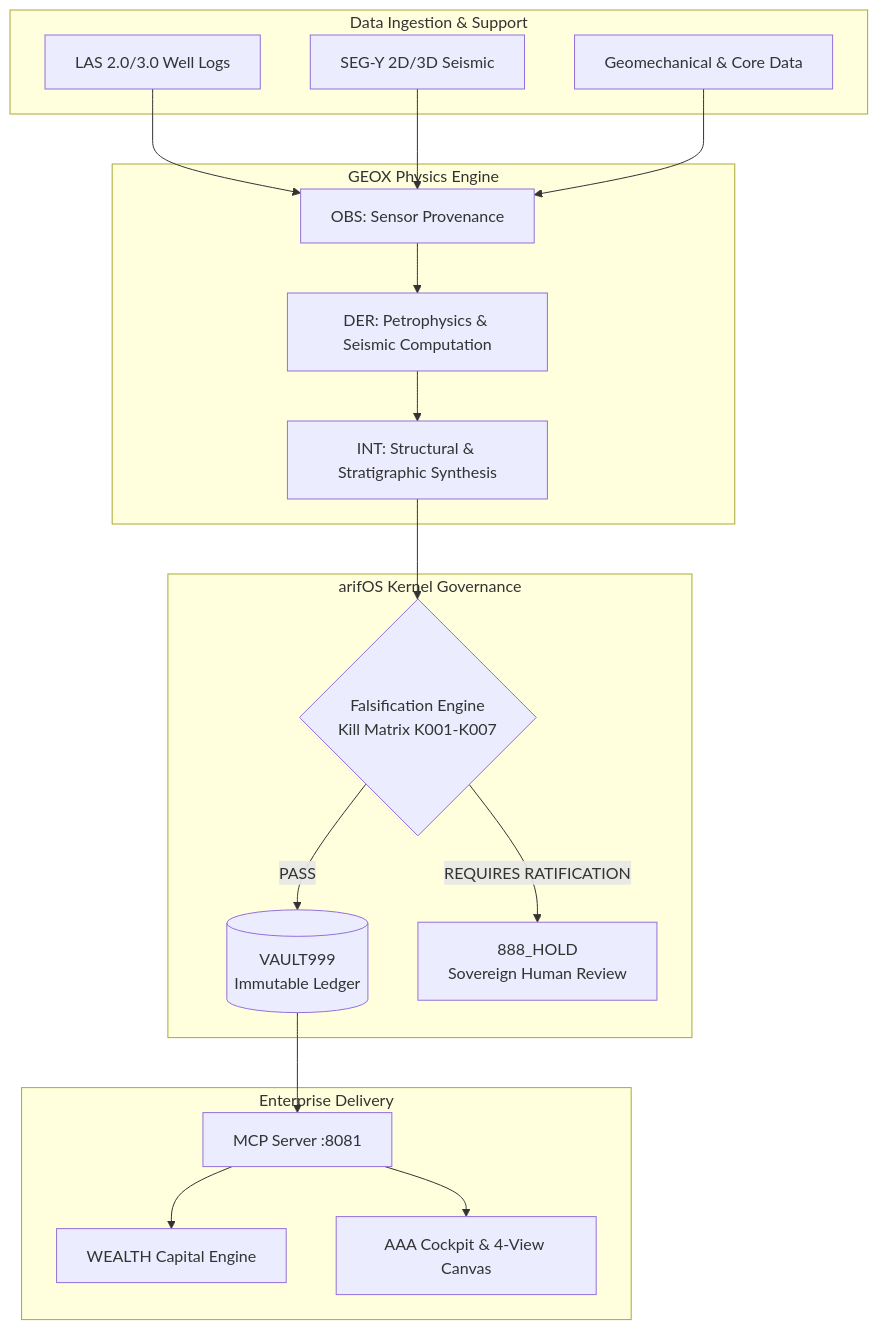
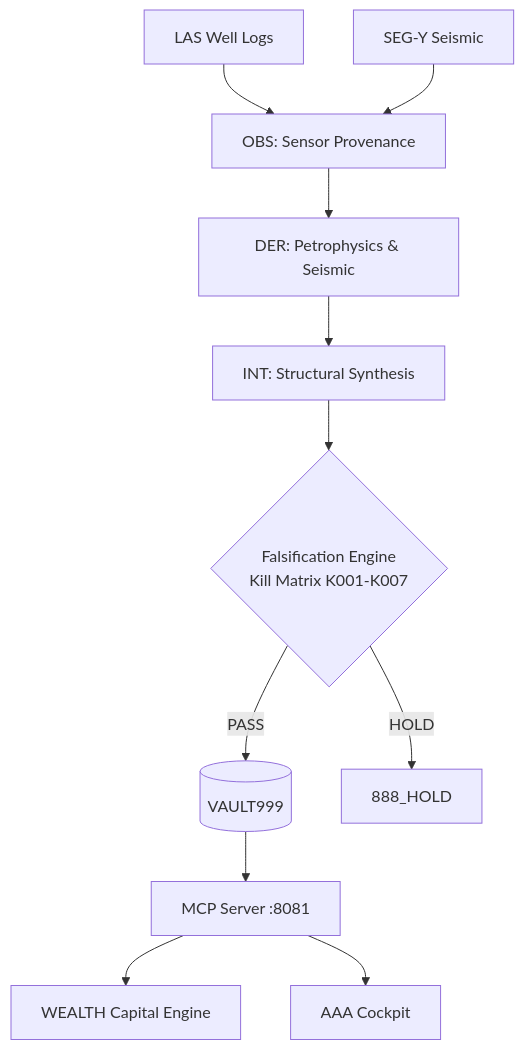
Before and after one commit to ariffazil/GEOX: the diagram in README.md, drawn with Mermaid. The commit also changed other lines of this file, not shown here.

````diff
--- a/README.md
+++ b/README.md
@@ -47,38 +42,13 @@
 ```mermaid
 graph TD
-    subgraph Data Layer [Data Ingestion & Support]
-        LAS[LAS 2.0/3.0 Well Logs]
-        SEGY[SEG-Y 2D/3D Seismic]
-        GEO[Geomechanical & Core Data]
-    end
-
-    subgraph Core Engine [GEOX Physics Engine]
-        OBS[OBS: Sensor Provenance]
-        DER[DER: Petrophysics & Seismic Computation]
-        INT[INT: Structural & Stratigraphic Synthesis]
-    end
-
-    subgraph Governance & Audit [arifOS Kernel Governance]
-        FALSIFY{Falsification Engine<br/>Kill Matrix K001-K007}
-        VAULT[(VAULT999<br/>Immutable Ledger)]
-        HOLD[888_HOLD<br/>Sovereign Human Review]
-    end
-
-    subgraph Output Layer [Enterprise Delivery]
-        MCP[MCP Server :8081]
-        WEALTH[WEALTH Capital Engine]
-        UI[AAA Cockpit & 4-View Canvas]
-    end
-
-    LAS --> OBS
-    SEGY --> OBS
-    GEO --> OBS
-    OBS --> DER
-    DER --> INT
-    INT --> FALSIFY
-    FALSIFY -->|PASS| VAULT
-    FALSIFY -->|REQUIRES RATIFICATION| HOLD
-    VAULT --> MCP
-    MCP --> WEALTH
-    MCP --> UI
+    LAS[LAS Well Logs] --> OBS[OBS: Sensor Provenance]
+    SEGY[SEG-Y Seismic] --> OBS
+    OBS --> DER[DER: Petrophysics & Seismic]
+    DER --> INT[INT: Structural Synthesis]
+    INT --> FALSIFY{Falsification Engine<br/>Kill Matrix K001-K007}
+    FALSIFY -->|PASS| VAULT[(VAULT999)]
+    FALSIFY -->|HOLD| HOLD[888_HOLD]
+    VAULT --> MCP[MCP Server :8081]
+    MCP --> WEALTH[WEALTH Capital Engine]
+    MCP --> UI[AAA Cockpit]
 ```
````
